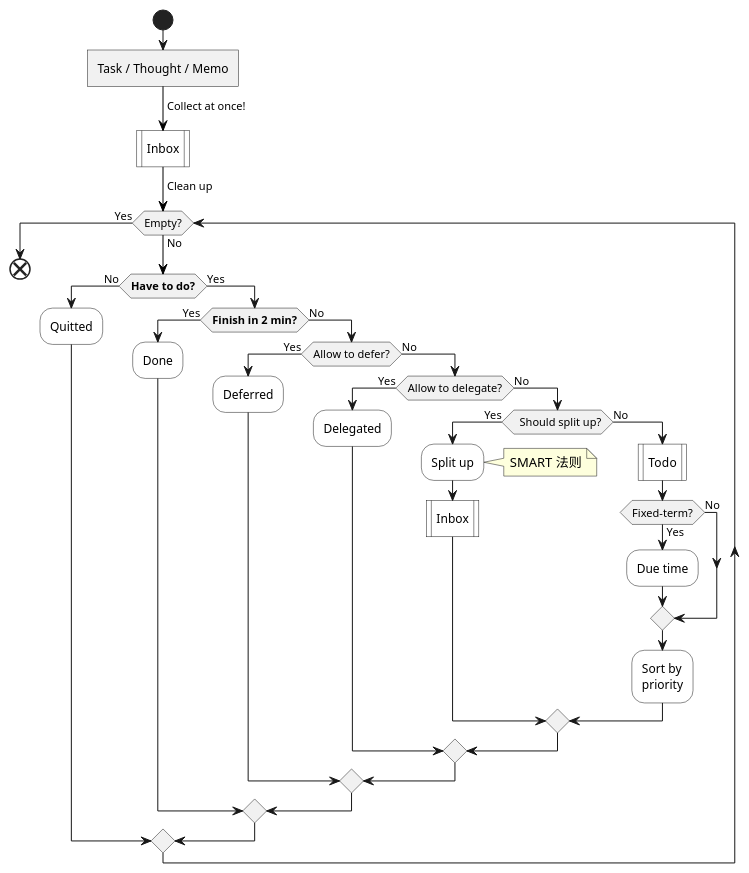
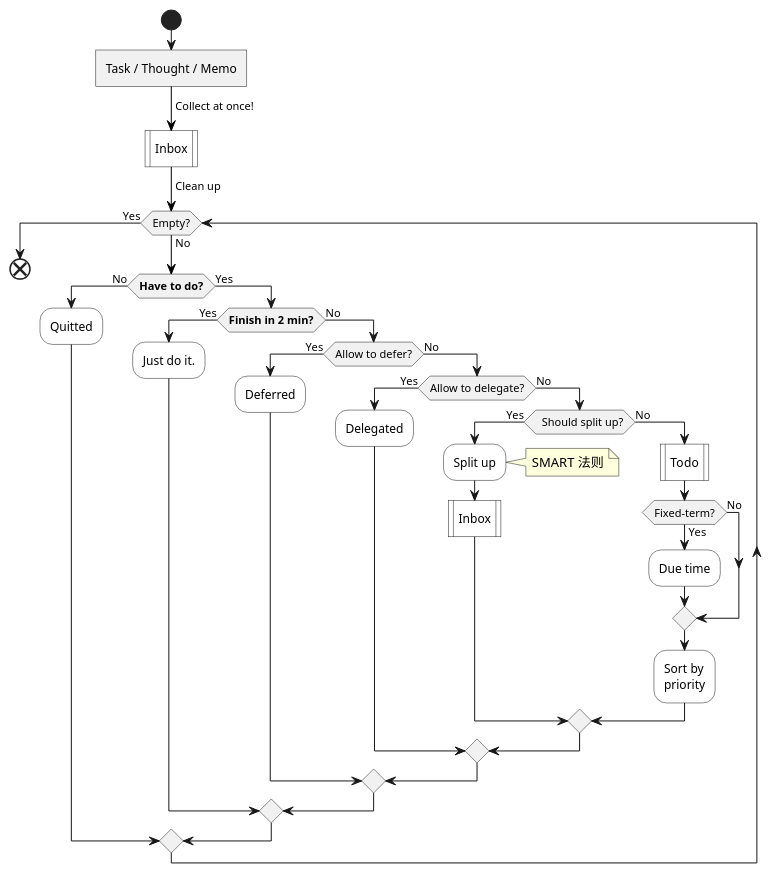
One commit to IceHe/icehe-lib changed the diagram in lifelogs/rehabilitation.md. Above: the diagram before and after it, drawn with PlantUML. The commit also changed other lines of this file and 2 other files, not shown here.

````diff
--- a/lifelogs/rehabilitation.md
+++ b/lifelogs/rehabilitation.md
@@ -176,40 +186,40 @@
 ```plantuml
 @startuml
 start
 :Task / Thought / Memo]
 -[#black]-> Collect at once!;
 #white:Inbox|
 -[#black]-> Clean up;
 while (Empty?) is (No)
     if (**Have to do?**) then (No)
         #white:Quitted;
     else (Yes)
         if (**Finish in 2 min?**) then (Yes)
-            #white:Done;
+            #white:Just do it.;
         else (No)
             if (Allow to defer?) then (Yes)
                 #white:Deferred;
             else (No)
                 if (Allow to delegate?) then (Yes)
                     #white:Delegated;
                 else (No)
                     if (  Should split up?) then (Yes)
                         #white:Split up;
                         note right : SMART 法则
                         #white:Inbox|
                     else (No)
                         #white:Todo|
                         if (Fixed-term?) then (Yes)
                             #white:Due time;
                         else (No)
                         endif
                         #white:Sort by\npriority;
                     endif
                 endif
             endif
         endif
     endif
 endwhile (Yes)
 end
 @enduml
 ```
````
